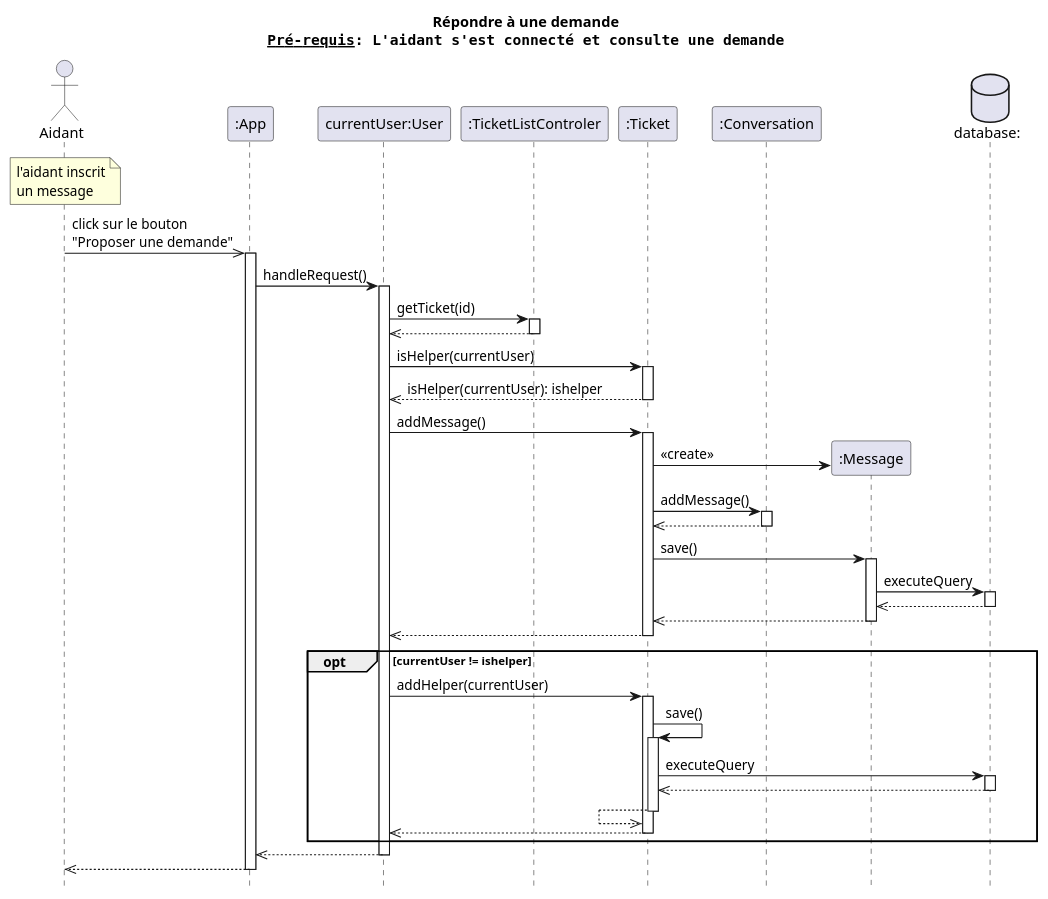
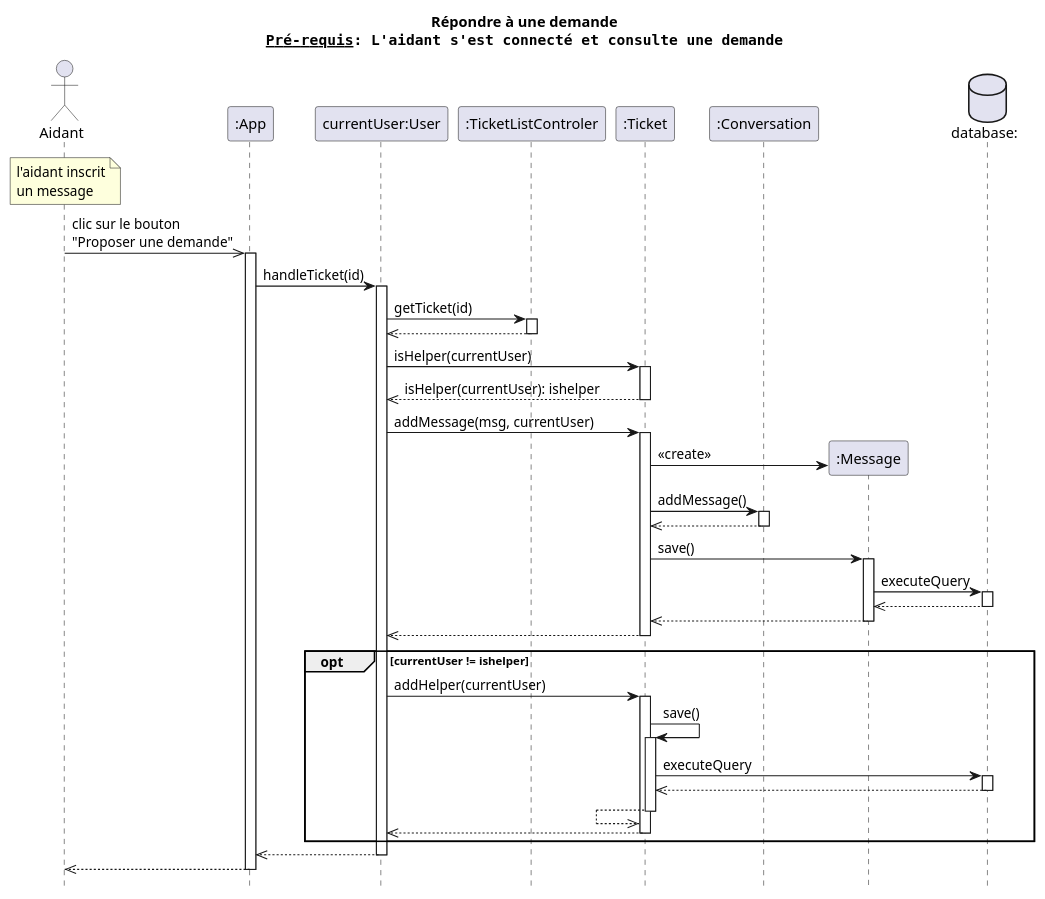
One commit to dorianleveque/CoHub changed the diagram in docs/UML/diagrammes séquence/repondre a une demande.puml. Above: the diagram before and after it, drawn with PlantUML. The commit also changed 2 other files, not shown here.

Commit message:
mise à jour diagramme de séquence

```diff
--- a/docs/UML/diagrammes séquence/repondre a une demande.puml
+++ b/docs/UML/diagrammes séquence/repondre a une demande.puml
@@ -1,72 +1,72 @@
 @startuml repondre a une demande
 title Répondre à une demande\n""__Pré-requis__: L'aidant s'est connecté et consulte une demande""
 hide footbox
 
 actor client as "Aidant" order 1
 participant app as ":App" order 2 
 participant user as "currentUser:User" order 3
 participant tlc as ":TicketListControler" order 4
 participant conv as ":Conversation" order 5
 participant ticket as ":Ticket" order 4
 database bdd as "database:"  order 7
 
 note over client: l'aidant inscrit\nun message
-client ->> app: click sur le bouton\n"Proposer une demande"
+client ->> app: clic sur le bouton\n"Proposer une demande"
 activate app
-app -> user: handleRequest()
+app -> user: handleTicket(id)
 activate user
 
 user -> tlc: getTicket(id)
 activate tlc
 user <<-- tlc
 deactivate tlc
 
 user -> ticket: isHelper(currentUser)
 activate ticket
 user <<-- ticket: isHelper(currentUser): ishelper
 deactivate ticket
 
-user -> ticket: addMessage()
+user -> ticket: addMessage(msg, currentUser)
 activate ticket
 create msg as ":Message" order 6
 ticket -> msg: <<create>>
 
 ticket -> conv: addMessage()
 activate conv
 ticket <<-- conv
 deactivate conv
 
 ticket -> msg: save()
 activate msg
 msg -> bdd: executeQuery
 activate bdd
 msg <<-- bdd
 deactivate bdd
 ticket <<-- msg 
 deactivate msg
 
 user <<-- ticket
 deactivate ticket
 
 opt currentUser != ishelper 
 user -> ticket: addHelper(currentUser)
 activate ticket
 ticket -> ticket: save()
 activate ticket
 ticket -> bdd: executeQuery
 activate bdd
 ticket <<-- bdd
 deactivate bdd
 ticket <<-- ticket
 deactivate ticket
 user <<-- ticket
 deactivate ticket
 end
 
 app <<-- user
 deactivate user
 client <<-- app
 deactivate app
 
 
 @enduml
```
